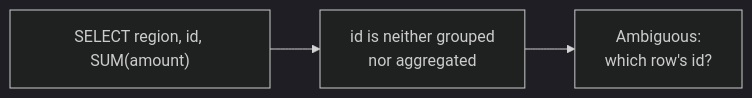
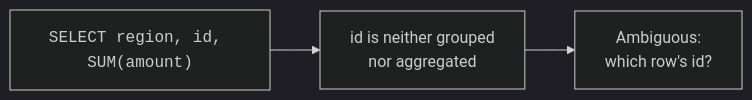
Before and after one commit to dataslope/dataslope: the second of 3 diagrams in content/learn/sql-analytics-duckdb/grouping-data.mdx, drawn with Mermaid (dark theme). The commit also changed other lines of this file and 56 other files, not shown here.

````diff
--- a/content/learn/sql-analytics-duckdb/grouping-data.mdx
+++ b/content/learn/sql-analytics-duckdb/grouping-data.mdx
@@ -74,5 +74,5 @@
 ```mermaid
 flowchart LR
-    Q["SELECT region, id, SUM(amount)"] --> X["id is neither grouped<br/>nor aggregated"]
+    Q["<code>SELECT region, id, SUM(amount)</code>"] --> X["id is neither grouped<br/>nor aggregated"]
     X --> Err["Ambiguous:<br/>which row's id?"]
 ```
````
